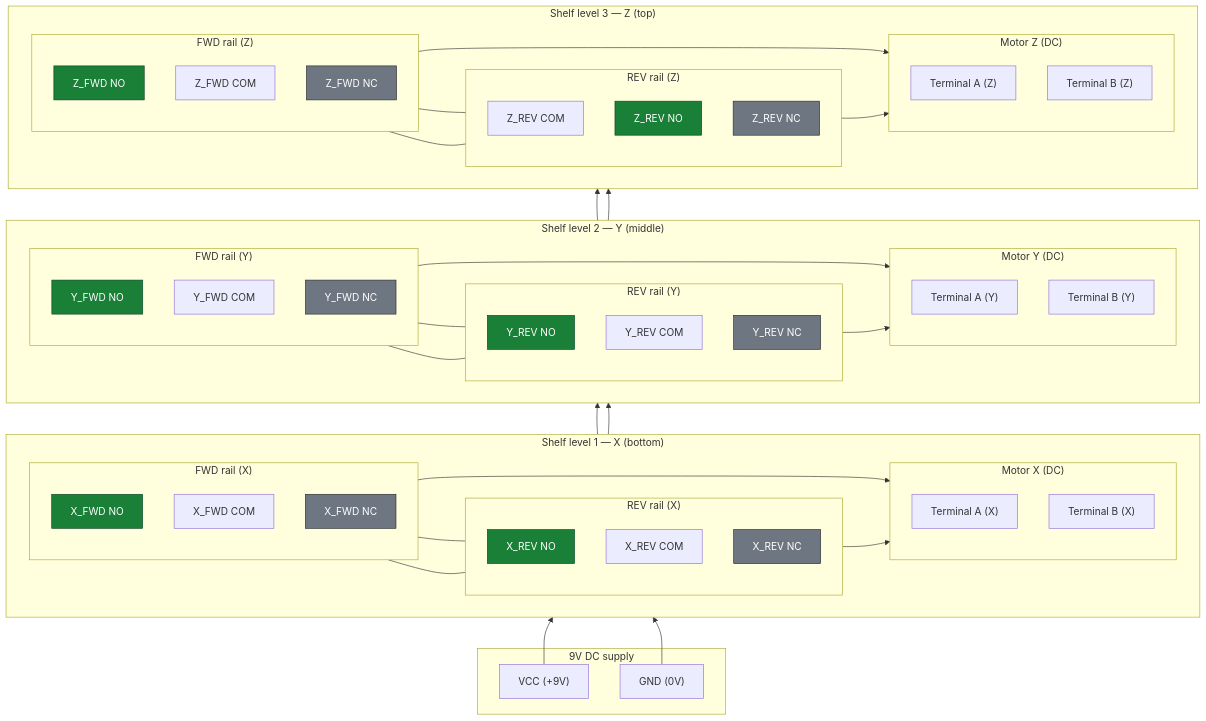
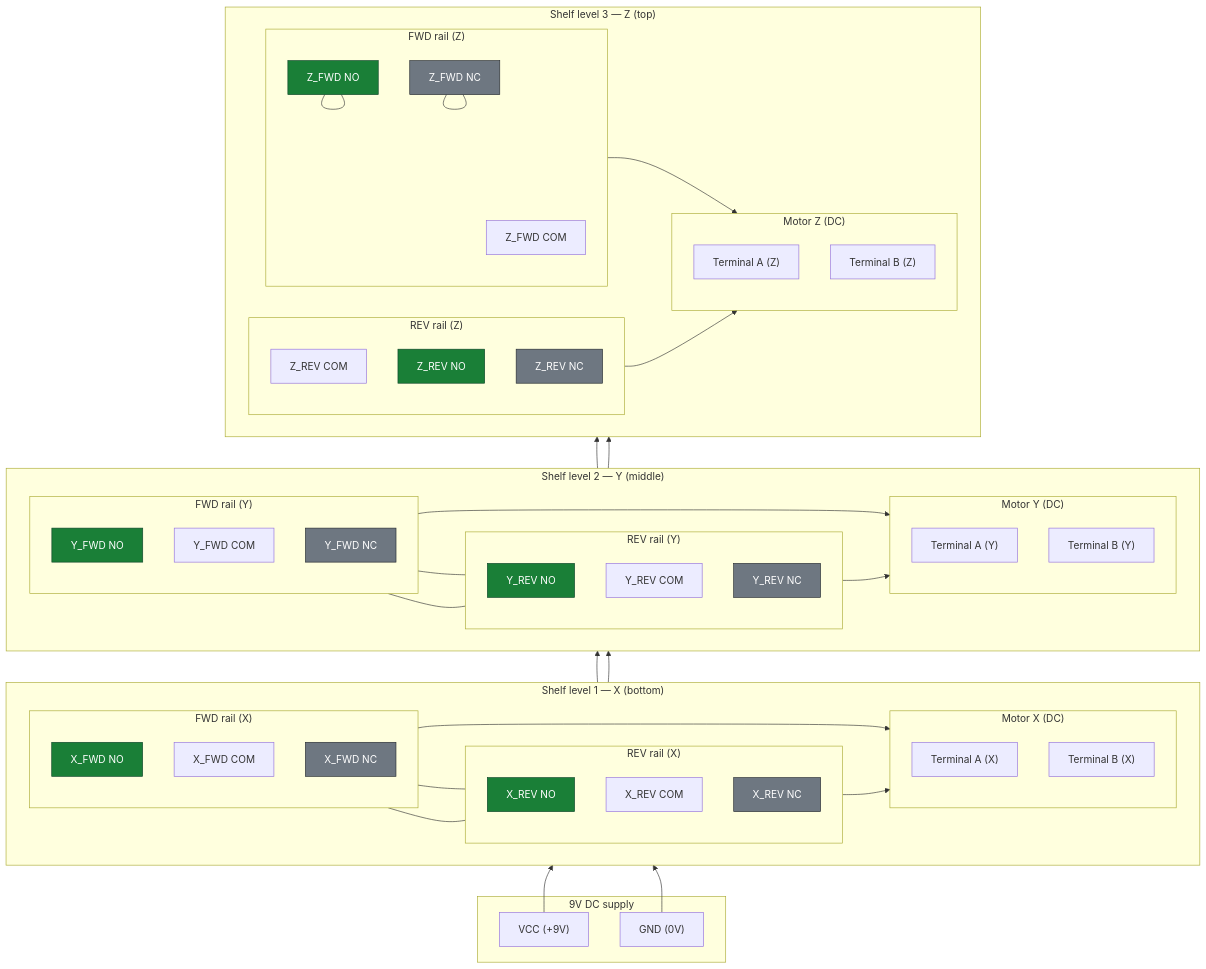
One commit to SB-312/Proyecto-Intermedio-IIoT changed the diagram in SEGUNDO CORTE/README.md. Above: the diagram before and after it, drawn with Mermaid.

```diff
--- a/SEGUNDO CORTE/README.md
+++ b/SEGUNDO CORTE/README.md
@@ -31,8 +31,8 @@
     Z_B["Terminal B (Z)"]
   end
   %% FWD takes from REV at same level
-  Z_FWD_NO --- Z_REV_NO
-  Z_FWD_NC --- Z_REV_NC
+  Z_FWD_NO --- Z_FWD_NO
+  Z_FWD_NC --- Z_FWD_NC
   %% COMs to motor
   Z_FWD_COM --> Z_A
   Z_REV_COM --> Z_B
```
